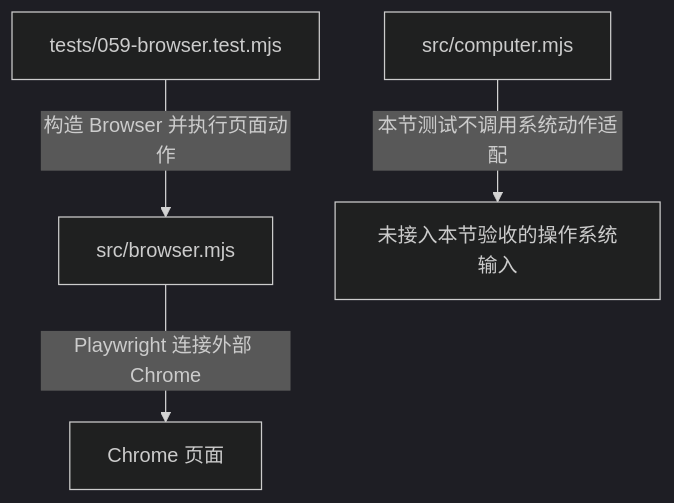
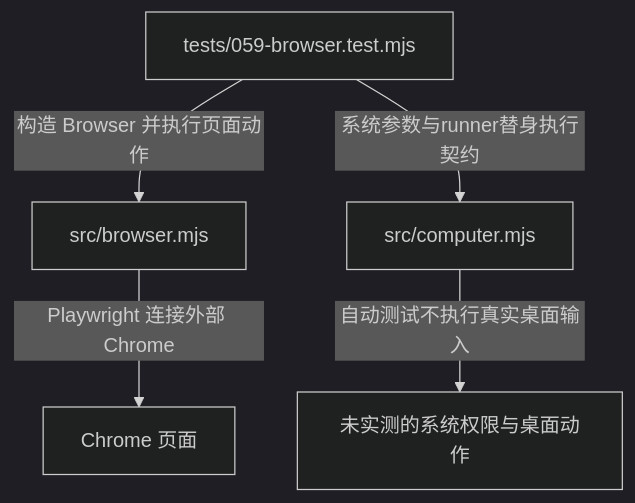
One commit to dddddd889/deepseek-harness-demo changed the second of 5 diagrams in tutorial/linear/lessons/059.md. Above: the diagram before and after it, drawn with Mermaid (dark theme). The commit also changed other lines of this file and 77 other files, not shown here.

````diff
--- a/tutorial/linear/lessons/059.md
+++ b/tutorial/linear/lessons/059.md
@@ -90,11 +90,12 @@
 ```mermaid
 flowchart TD
     F0["tests/059-browser.test.mjs"]
     F1["src/browser.mjs"]
     F2["Chrome 页面"]
     F3["src/computer.mjs"]
-    F4["未接入本节验收的操作系统输入"]
+    F4["未实测的系统权限与桌面动作"]
     F0 -->|"构造 Browser 并执行页面动作"| F1
     F1 -->|"Playwright 连接外部 Chrome"| F2
-    F3 -->|"本节测试不调用系统动作适配"| F4
+    F0 -->|"系统参数与runner替身执行契约"| F3
+    F3 -->|"自动测试不执行真实桌面输入"| F4
 ```
````
